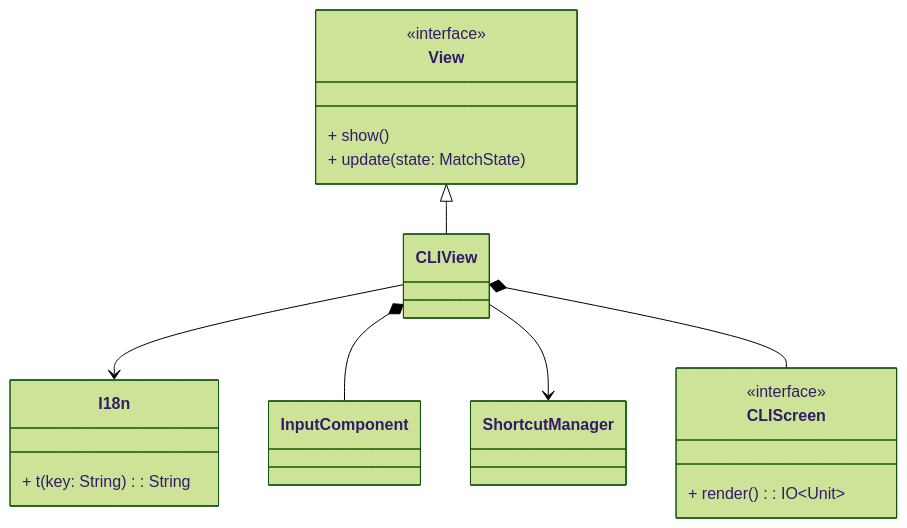
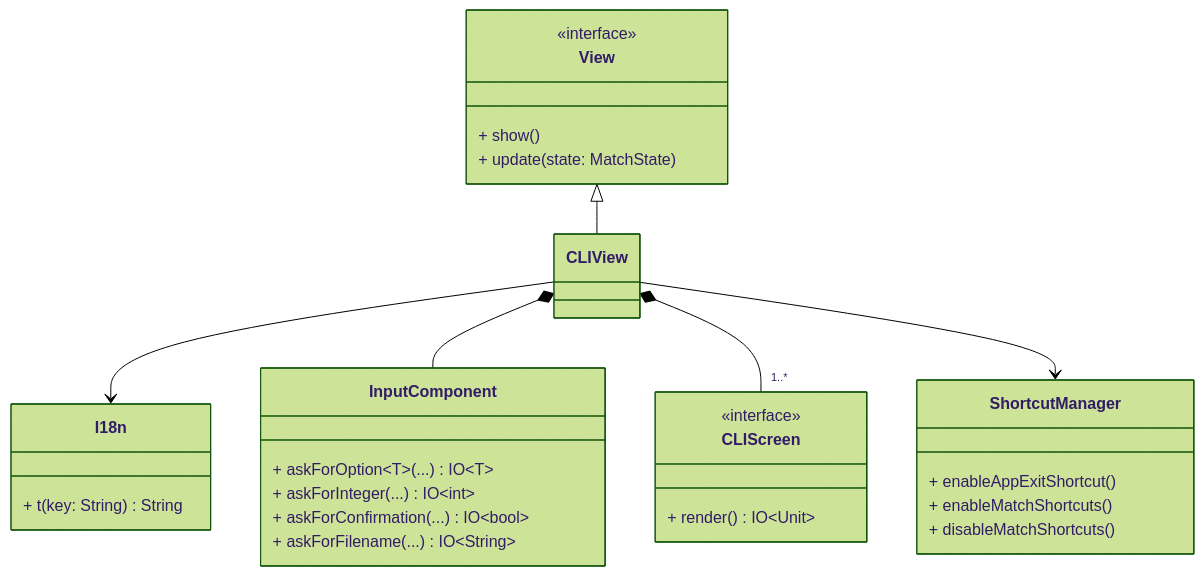
Diagram 13 of 13 in docs/report/4-detailed-design.md (Borgotto/PPS-25-scalatello), drawn with Mermaid (forest theme) before and after one commit. The commit also changed other lines of this file and 1 other file, not shown here.

Commit message:
update view diagram, add minor syntax fix to diagrams

````diff
--- a/docs/report/4-detailed-design.md
+++ b/docs/report/4-detailed-design.md
@@ -397,23 +397,34 @@
 ```mermaid
 classDiagram
   class View {
     <<interface>>
     + show()
     + update(state: MatchState)
   }
   class CLIView
   class I18n {
-    + t(key: String): String
+    + t(key: String) String
+  }
+  class InputComponent {
+    + askForOption~T~(...) IO~T~
+    + askForInteger(...) IO~int~
+    + askForConfirmation(...) IO~bool~
+    + askForFilename(...) IO~String~
+  }
+  class ShortcutManager {
+    + enableAppExitShortcut()
+    + enableMatchShortcuts()
+    + disableMatchShortcuts()
   }
   class CLIScreen {
     <<interface>>
-    + render(): IO~Unit~
+    + render() IO~Unit~
   }
 
   View <|-- CLIView
 
   CLIView --> I18n
   CLIView *-- InputComponent
+  CLIView *-- "1..*" CLIScreen
   CLIView --> ShortcutManager
-  CLIView *-- CLIScreen
 ```
````
